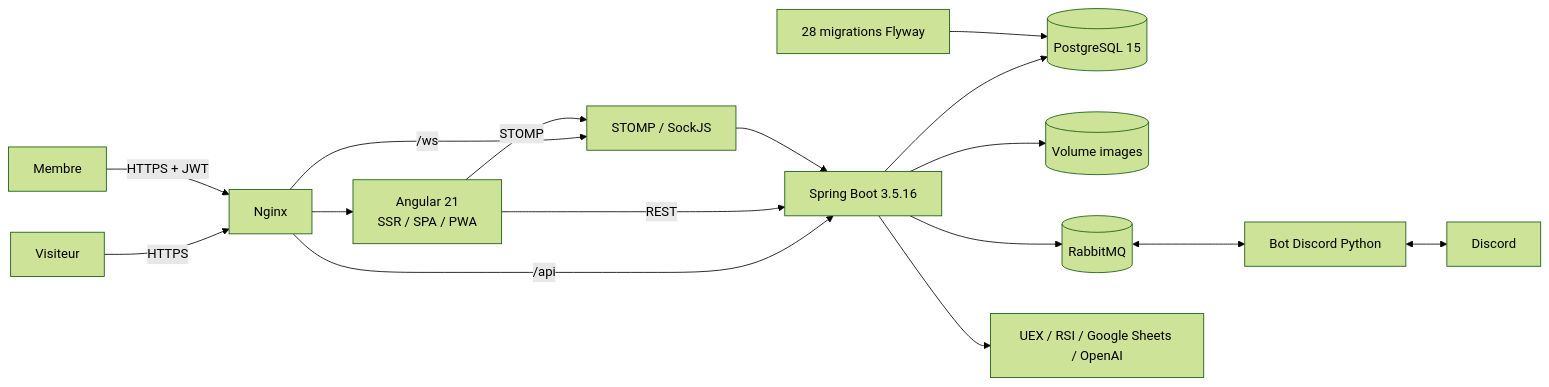
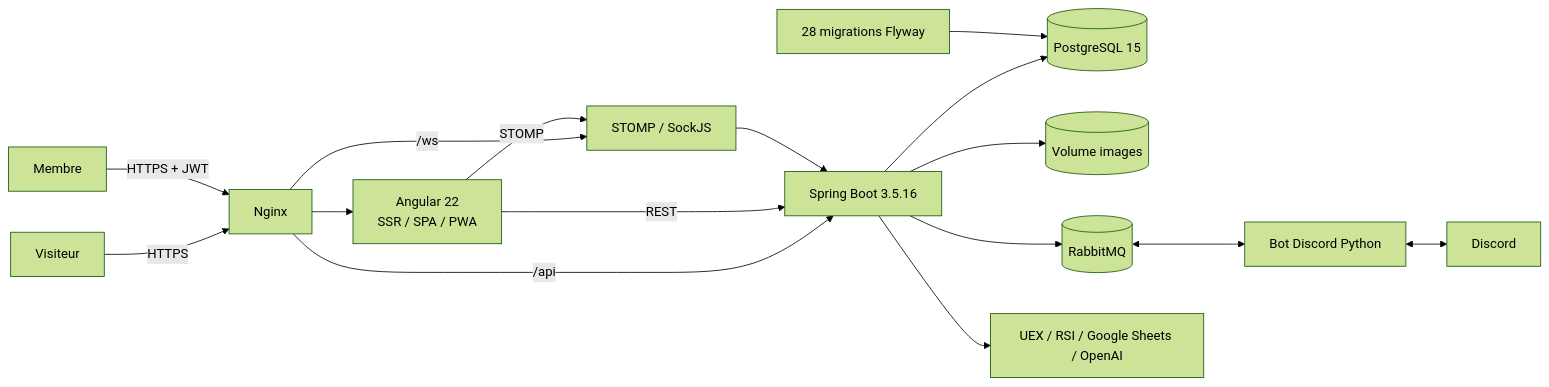
The first of 5 diagrams in docs/ARCHITECTURE.md (Kralone/Icy), drawn with Mermaid (forest theme) before and after one commit. The commit also changed 119 other files, not shown here.

````diff
--- a/docs/ARCHITECTURE.md
+++ b/docs/ARCHITECTURE.md
@@ -7,18 +7,18 @@
 ```mermaid
 flowchart LR
     Visitor[Visiteur] -->|HTTPS| Edge[Nginx]
     Member[Membre] -->|HTTPS + JWT| Edge
-    Edge --> Angular[Angular 21\nSSR / SPA / PWA]
+    Edge --> Angular[Angular 22\nSSR / SPA / PWA]
     Edge -->|/api| API[Spring Boot 3.5.16]
     Edge -->|/ws| WS[STOMP / SockJS]
     Angular -->|REST| API
     Angular -->|STOMP| WS
     WS --> API
     API --> PG[(PostgreSQL 15)]
     Flyway[28 migrations Flyway] --> PG
     API --> Images[(Volume images)]
     API --> Rabbit[(RabbitMQ)]
     Rabbit <--> Bot[Bot Discord Python]
     Bot <--> Discord[Discord]
     API --> External[UEX / RSI / Google Sheets / OpenAI]
 ```
````
